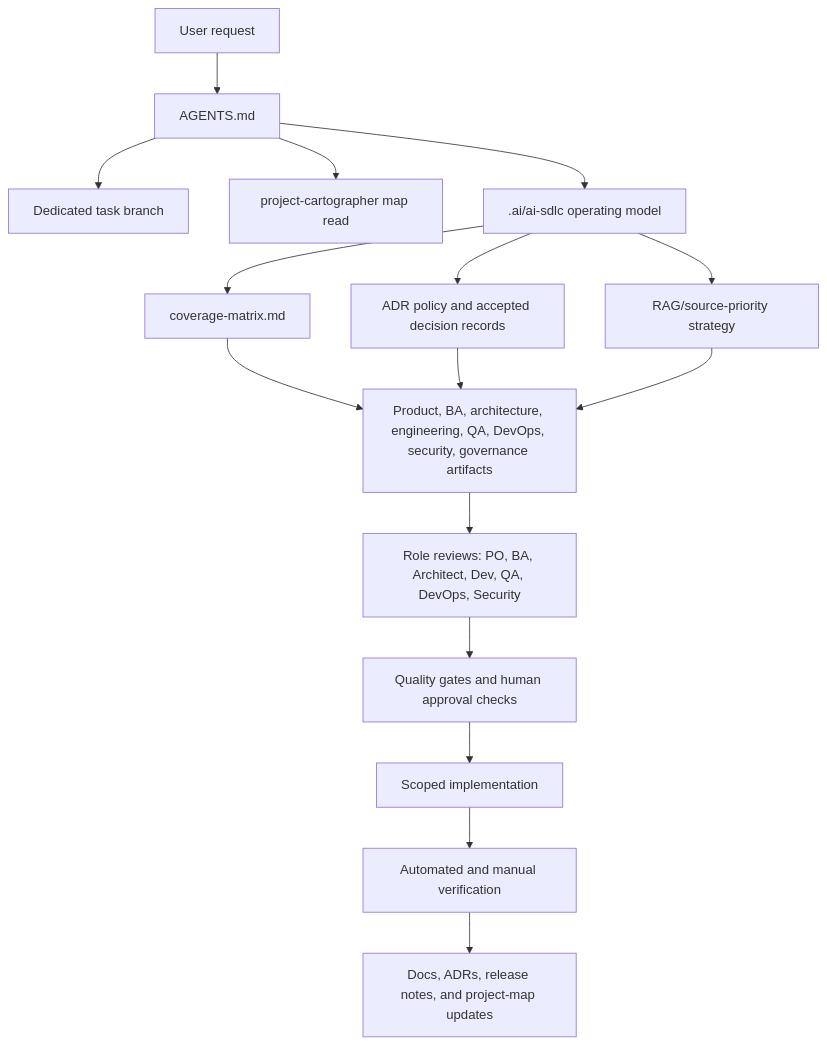
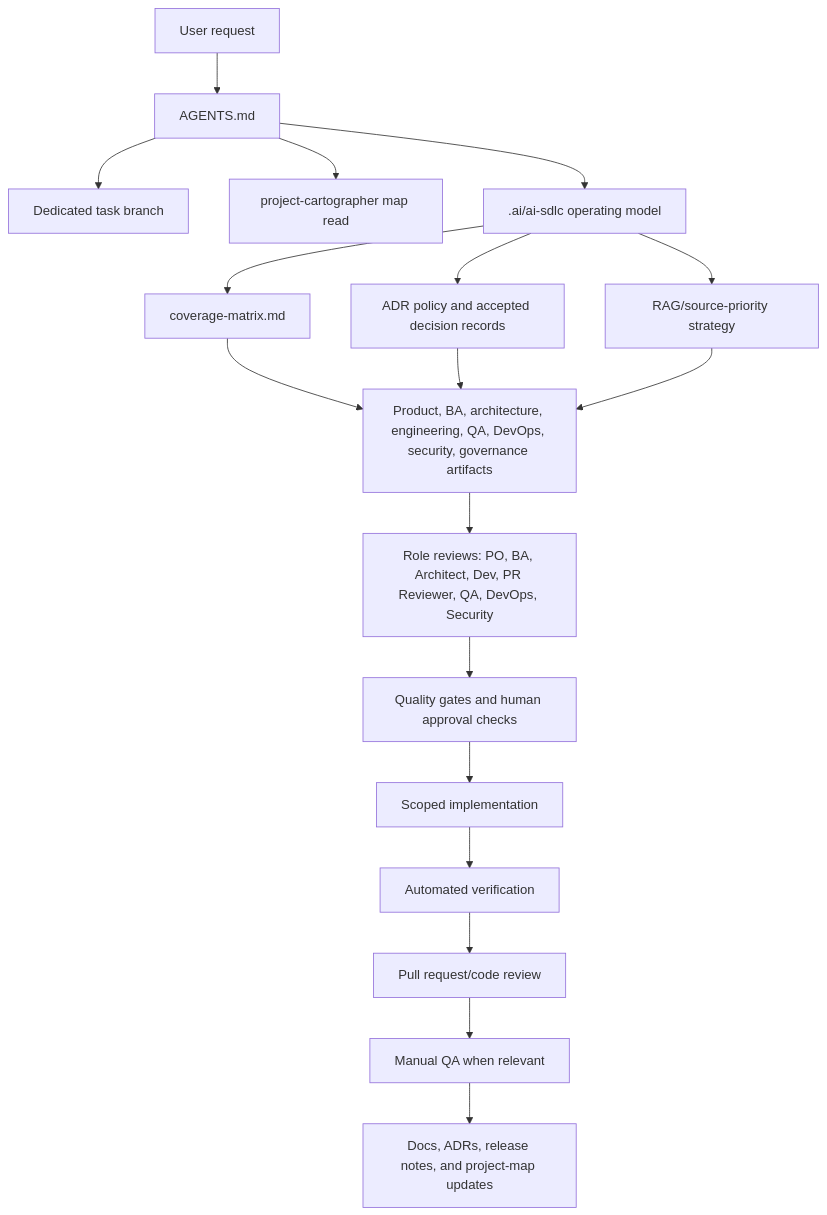
One commit to iziuk/Polite changed the second of 3 diagrams in .ai/project-map/data-flow.md. Above: the diagram before and after it, drawn with Mermaid. The commit also changed other lines of this file and 18 other files, not shown here.

First line of the commit message:
docs: add PR review role

````diff
--- a/.ai/project-map/data-flow.md
+++ b/.ai/project-map/data-flow.md
@@ -41,18 +41,20 @@
 ```mermaid
 flowchart TD
   Request["User request"] --> Agents["AGENTS.md"]
   Agents --> Branch["Dedicated task branch"]
   Agents --> Map["project-cartographer map read"]
   Agents --> OperatingModel[".ai/ai-sdlc operating model"]
   OperatingModel --> Coverage["coverage-matrix.md"]
   OperatingModel --> ADRs["ADR policy and accepted decision records"]
   OperatingModel --> Retrieval["RAG/source-priority strategy"]
   Coverage --> Artifacts["Product, BA, architecture, engineering, QA, DevOps, security, governance artifacts"]
   ADRs --> Artifacts
   Retrieval --> Artifacts
-  Artifacts --> Roles["Role reviews: PO, BA, Architect, Dev, QA, DevOps, Security"]
+  Artifacts --> Roles["Role reviews: PO, BA, Architect, Dev, PR Reviewer, QA, DevOps, Security"]
   Roles --> Gates["Quality gates and human approval checks"]
   Gates --> Implementation["Scoped implementation"]
-  Implementation --> Verification["Automated and manual verification"]
-  Verification --> Docs["Docs, ADRs, release notes, and project-map updates"]
+  Implementation --> AutoVerification["Automated verification"]
+  AutoVerification --> PRReview["Pull request/code review"]
+  PRReview --> ManualVerification["Manual QA when relevant"]
+  ManualVerification --> Docs["Docs, ADRs, release notes, and project-map updates"]
 ```
````
